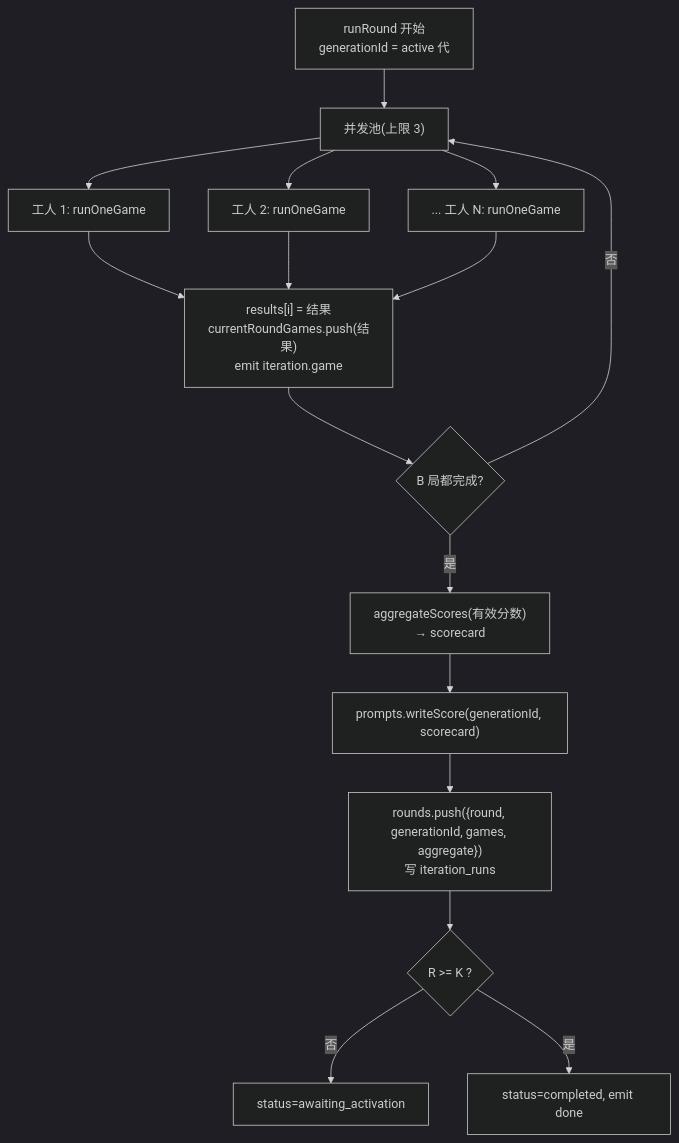
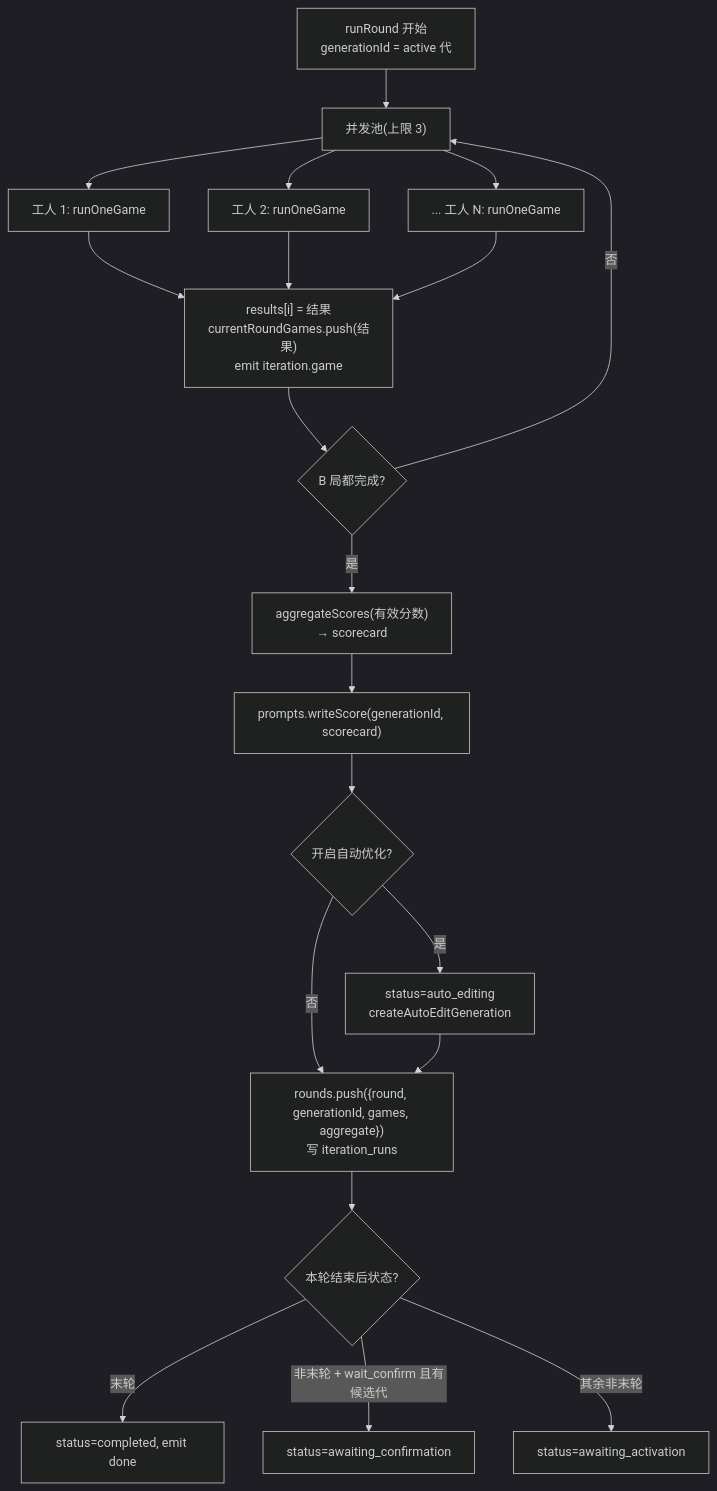
One commit to zhoutaoz99/who-is-the-ai changed the third of 7 diagrams in docs/ai-iteration/AI-Prompt-Eval-Flow.md. Above: the diagram before and after it, drawn with Mermaid (dark theme). The commit also changed other lines of this file and 16 other files, not shown here.

````diff
--- a/docs/ai-iteration/AI-Prompt-Eval-Flow.md
+++ b/docs/ai-iteration/AI-Prompt-Eval-Flow.md
@@ -136,19 +144,23 @@
 ```mermaid
 flowchart TD
   A["runRound 开始<br/>generationId = active 代"] --> POOL["并发池(上限 3)"]
   POOL --> G1[工人 1: runOneGame]
   POOL --> G2[工人 2: runOneGame]
   POOL --> GN[... 工人 N: runOneGame]
 
   G1 --> COLLECT["results[i] = 结果<br/>currentRoundGames.push(结果)<br/>emit iteration.game"]
   G2 --> COLLECT
   GN --> COLLECT
   COLLECT --> ALLDONE{"B 局都完成?"}
   ALLDONE -- 否 --> POOL
   ALLDONE -- 是 --> AGG["aggregateScores(有效分数)<br/>→ scorecard"]
   AGG --> WRITE["prompts.writeScore(generationId, scorecard)"]
-  WRITE --> PERSIST["rounds.push({round, generationId, games, aggregate})<br/>写 iteration_runs"]
-  PERSIST --> STATUS{"R >= K ?"}
-  STATUS -- 否 --> AW[status=awaiting_activation]
-  STATUS -- 是 --> CMP[status=completed, emit done]
+  WRITE --> AE{"开启自动优化?"}
+  AE -- 否 --> PERSIST["rounds.push({round, generationId, games, aggregate})<br/>写 iteration_runs"]
+  AE -- 是 --> EDIT["status=auto_editing<br/>createAutoEditGeneration"]
+  EDIT --> PERSIST
+  PERSIST --> STATUS{"本轮结束后状态?"}
+  STATUS -- 末轮 --> CMP[status=completed, emit done]
+  STATUS -- 非末轮 + wait_confirm 且有候选代 --> CONF[status=awaiting_confirmation]
+  STATUS -- 其余非末轮 --> AW[status=awaiting_activation]
 ```
````
